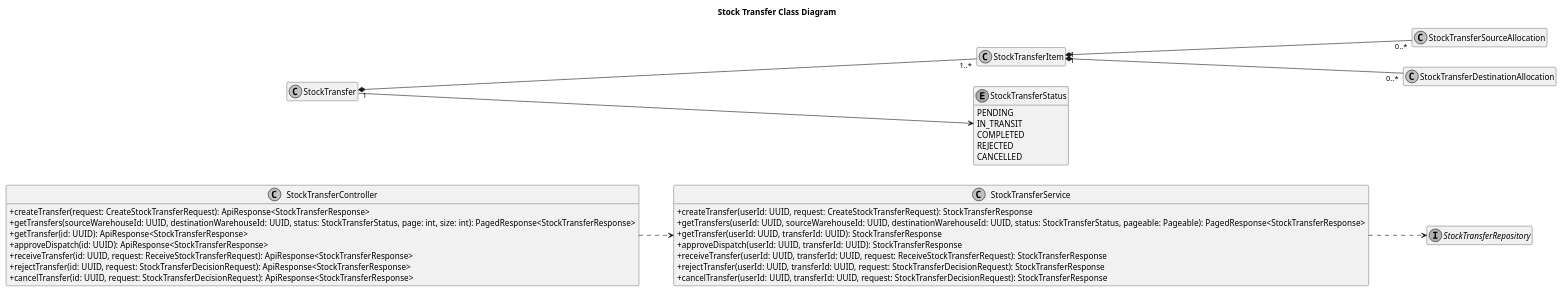
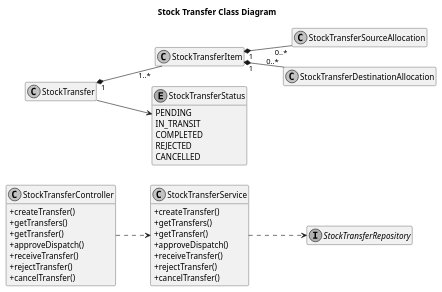
One commit to vinhleechem/StockSpace_BE changed the first of 3 diagrams in docs/review3/diagrams/stock-transfer.md. Above: the diagram before and after it, drawn with PlantUML. The commit also changed 17 other files, not shown here.

````diff
--- a/docs/review3/diagrams/stock-transfer.md
+++ b/docs/review3/diagrams/stock-transfer.md
@@ -5,51 +5,51 @@
 ```plantuml
 @startuml
 title Stock Transfer Class Diagram
 skinparam monochrome true
 skinparam shadowing false
 skinparam backgroundColor transparent
 skinparam classAttributeIconSize 0
 hide empty members
 left to right direction
 
 class StockTransferController {
-  +createTransfer(request: CreateStockTransferRequest): ApiResponse<StockTransferResponse>
-  +getTransfers(sourceWarehouseId: UUID, destinationWarehouseId: UUID, status: StockTransferStatus, page: int, size: int): PagedResponse<StockTransferResponse>
-  +getTransfer(id: UUID): ApiResponse<StockTransferResponse>
-  +approveDispatch(id: UUID): ApiResponse<StockTransferResponse>
-  +receiveTransfer(id: UUID, request: ReceiveStockTransferRequest): ApiResponse<StockTransferResponse>
-  +rejectTransfer(id: UUID, request: StockTransferDecisionRequest): ApiResponse<StockTransferResponse>
-  +cancelTransfer(id: UUID, request: StockTransferDecisionRequest): ApiResponse<StockTransferResponse>
+  +createTransfer()
+  +getTransfers()
+  +getTransfer()
+  +approveDispatch()
+  +receiveTransfer()
+  +rejectTransfer()
+  +cancelTransfer()
 }
 
 class StockTransferService {
-  +createTransfer(userId: UUID, request: CreateStockTransferRequest): StockTransferResponse
-  +getTransfers(userId: UUID, sourceWarehouseId: UUID, destinationWarehouseId: UUID, status: StockTransferStatus, pageable: Pageable): PagedResponse<StockTransferResponse>
-  +getTransfer(userId: UUID, transferId: UUID): StockTransferResponse
-  +approveDispatch(userId: UUID, transferId: UUID): StockTransferResponse
-  +receiveTransfer(userId: UUID, transferId: UUID, request: ReceiveStockTransferRequest): StockTransferResponse
-  +rejectTransfer(userId: UUID, transferId: UUID, request: StockTransferDecisionRequest): StockTransferResponse
-  +cancelTransfer(userId: UUID, transferId: UUID, request: StockTransferDecisionRequest): StockTransferResponse
+  +createTransfer()
+  +getTransfers()
+  +getTransfer()
+  +approveDispatch()
+  +receiveTransfer()
+  +rejectTransfer()
+  +cancelTransfer()
 }
 
 interface StockTransferRepository
 class StockTransfer
 class StockTransferItem
 class StockTransferSourceAllocation
 class StockTransferDestinationAllocation
 enum StockTransferStatus {
   PENDING
   IN_TRANSIT
   COMPLETED
   REJECTED
   CANCELLED
 }
 
 StockTransferController ..> StockTransferService
 StockTransferService ..> StockTransferRepository
 StockTransfer "1" *-- "1..*" StockTransferItem
 StockTransferItem "1" *-- "0..*" StockTransferSourceAllocation
 StockTransferItem "1" *-- "0..*" StockTransferDestinationAllocation
 StockTransfer --> StockTransferStatus
 @enduml
 ```
````
